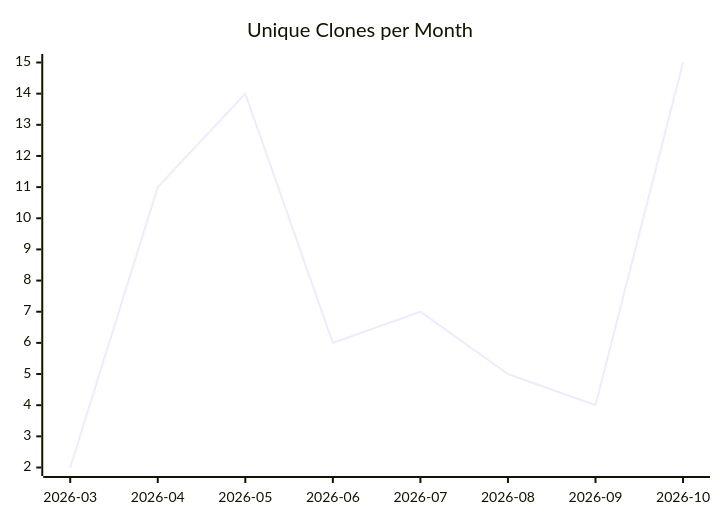
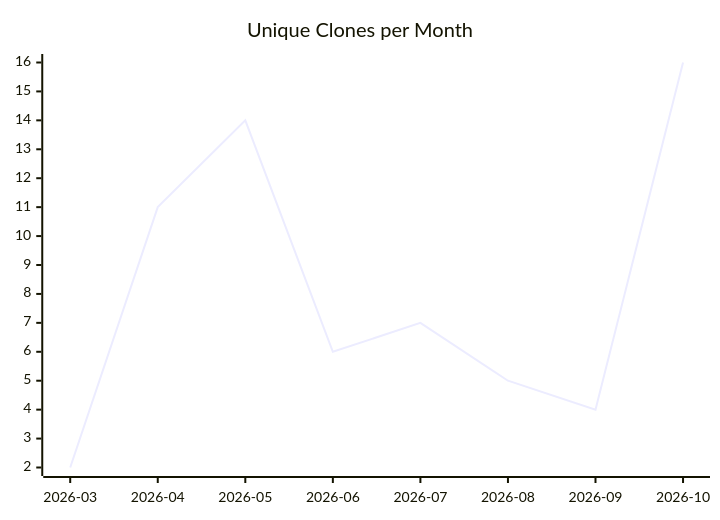
Before and after one commit to justdavis-family/github-analytics-data: the third of 3 diagrams in karlmdavis/m2e-core/README.md, drawn with Mermaid. The commit also changed other lines of this file and 202 other files, not shown here.

````diff
--- a/karlmdavis/m2e-core/README.md
+++ b/karlmdavis/m2e-core/README.md
@@ -19,6 +19,6 @@
 ```mermaid
 xychart-beta
   title "Unique Clones per Month"
   x-axis ["2026-03", "2026-04", "2026-05", "2026-06", "2026-07", "2026-08", "2026-09", "2026-10"]
-  line [2, 11, 14, 6, 7, 5, 4, 15]
+  line [2, 11, 14, 6, 7, 5, 4, 16]
 ```
````
